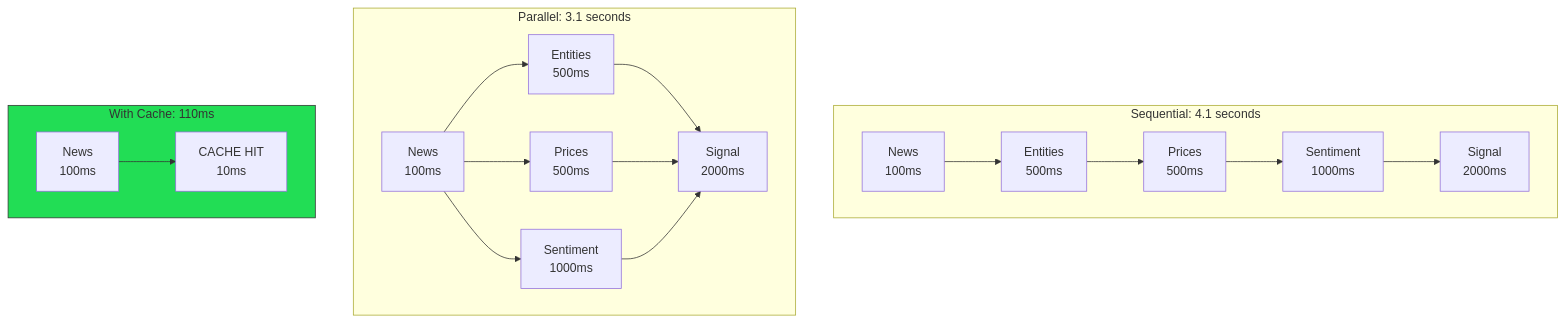
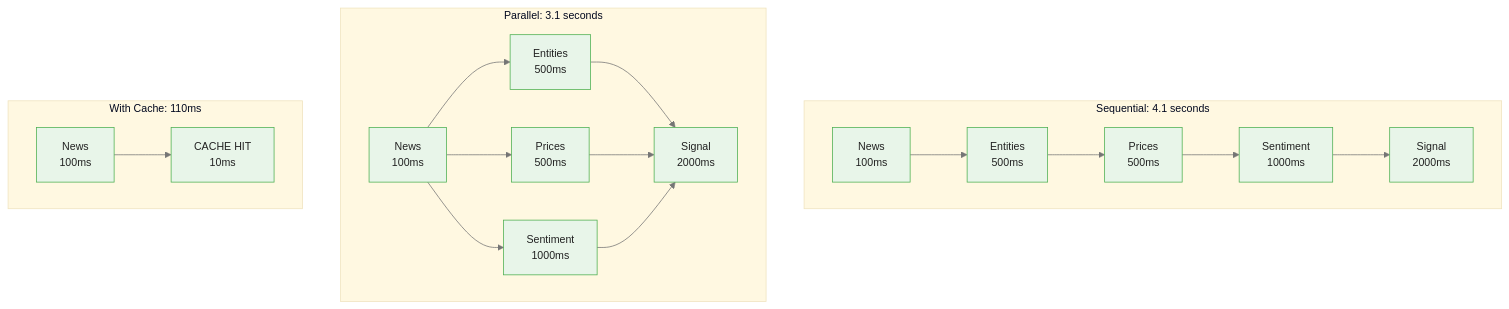
The second of 6 diagrams in courses/genai-commodities/modules/module_06_production/guides/03_optimization_slides.md (m-deane/course-creator), drawn with Mermaid before and after one commit. The commit also changed other lines of this file and 84 other files, not shown here.

````diff
--- a/courses/genai-commodities/modules/module_06_production/guides/03_optimization_slides.md
+++ b/courses/genai-commodities/modules/module_06_production/guides/03_optimization_slides.md
@@ -126,24 +135,23 @@
 ```mermaid
+%%{init: {"theme": "base", "themeVariables": {"primaryColor": "#e8f5e9", "primaryBorderColor": "#4caf50", "primaryTextColor": "#212121", "secondaryColor": "#e3f2fd", "tertiaryColor": "#fff8e1", "lineColor": "#757575", "fontFamily": "Inter, sans-serif", "fontSize": "14px"}}}%%
 flowchart TD
     subgraph Sequential["Sequential: 4.1 seconds"]
         A1[News<br/>100ms] --> A2[Entities<br/>500ms]
         A2 --> A3[Prices<br/>500ms]
         A3 --> A4[Sentiment<br/>1000ms]
         A4 --> A5[Signal<br/>2000ms]
     end
 
     subgraph Parallel["Parallel: 3.1 seconds"]
         B1[News<br/>100ms] --> B2[Entities<br/>500ms]
         B1 --> B3[Prices<br/>500ms]
         B1 --> B4[Sentiment<br/>1000ms]
         B2 --> B5[Signal<br/>2000ms]
         B3 --> B5
         B4 --> B5
     end
 
     subgraph Cached["With Cache: 110ms"]
         C1[News<br/>100ms] --> C2[CACHE HIT<br/>10ms]
     end
-
-    style Cached fill:#2d5,stroke:#333
 ```
````
